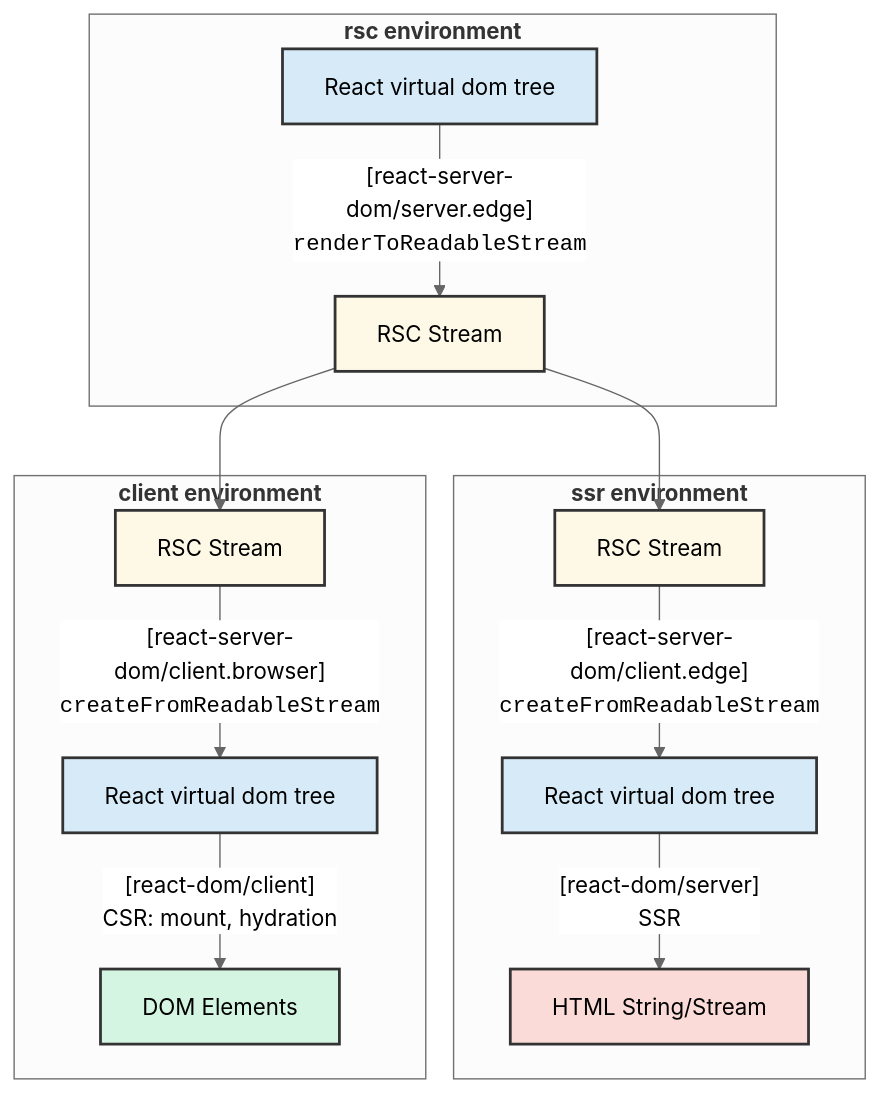
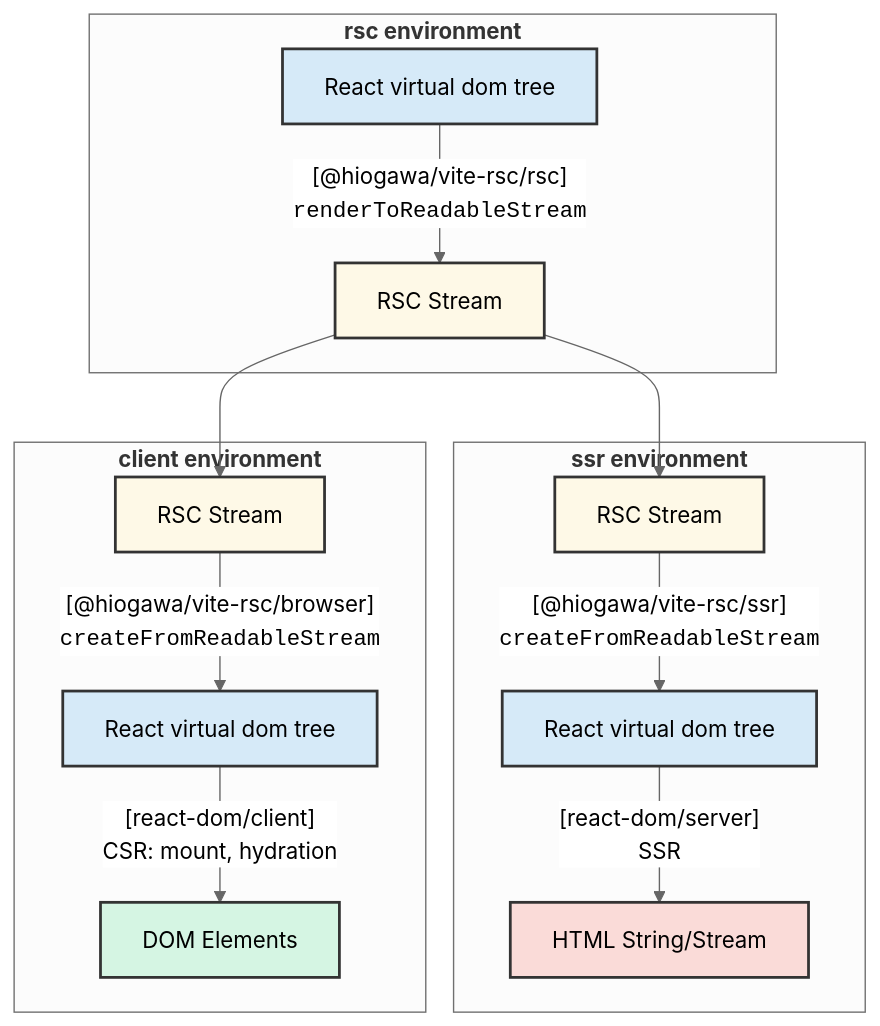
The diagram in packages/rsc/README.md (hi-ogawa/vite-plugins), drawn with Mermaid (neutral theme) before and after one commit.

````diff
--- a/packages/rsc/README.md
+++ b/packages/rsc/README.md
@@ -25,29 +25,29 @@
 ```mermaid
 graph TD
 
     subgraph "<strong>rsc environment</strong>"
-        A["React virtual dom tree"] --> |"[react-server-dom/server.edge]<br /><code>renderToReadableStream</code>"| B1["RSC Stream"];
+        A["React virtual dom tree"] --> |"[@hiogawa/vite-rsc/rsc]<br /><code>renderToReadableStream</code>"| B1["RSC Stream"];
     end
 
     B1 --> B2
     B1 --> B3
 
     subgraph "<strong>ssr environment</strong>"
-        B2["RSC Stream"] --> |"[react-server-dom/client.edge]<br /><code>createFromReadableStream</code>"| C1["React virtual dom tree"];
+        B2["RSC Stream"] --> |"[@hiogawa/vite-rsc/ssr]<br /><code>createFromReadableStream</code>"| C1["React virtual dom tree"];
         C1 --> |"[react-dom/server]<br/>SSR"| E["HTML String/Stream"];
     end
 
     subgraph "<strong>client environment</strong>"
-        B3["RSC Stream"] --> |"[react-server-dom/client.browser]<br /><code>createFromReadableStream</code>"| C2["React virtual dom tree"];
+        B3["RSC Stream"] --> |"[@hiogawa/vite-rsc/browser]<br /><code>createFromReadableStream</code>"| C2["React virtual dom tree"];
         C2 --> |"[react-dom/client]<br/>CSR: mount, hydration"| D["DOM Elements"];
     end
 
     style A fill:#D6EAF8,stroke:#333,stroke-width:2px
     style B1 fill:#FEF9E7,stroke:#333,stroke-width:2px
     style B2 fill:#FEF9E7,stroke:#333,stroke-width:2px
     style B3 fill:#FEF9E7,stroke:#333,stroke-width:2px
     style C1 fill:#D6EAF8,stroke:#333,stroke-width:2px
     style C2 fill:#D6EAF8,stroke:#333,stroke-width:2px
     style D fill:#D5F5E3,stroke:#333,stroke-width:2px
     style E fill:#FADBD8,stroke:#333,stroke-width:2px
 ```
````
